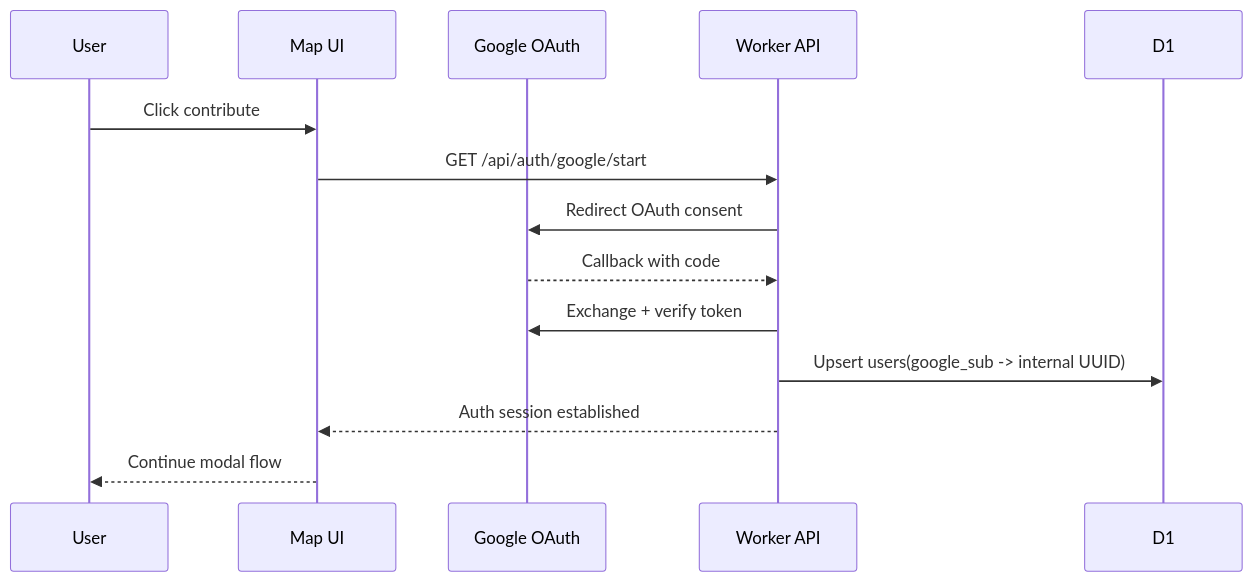
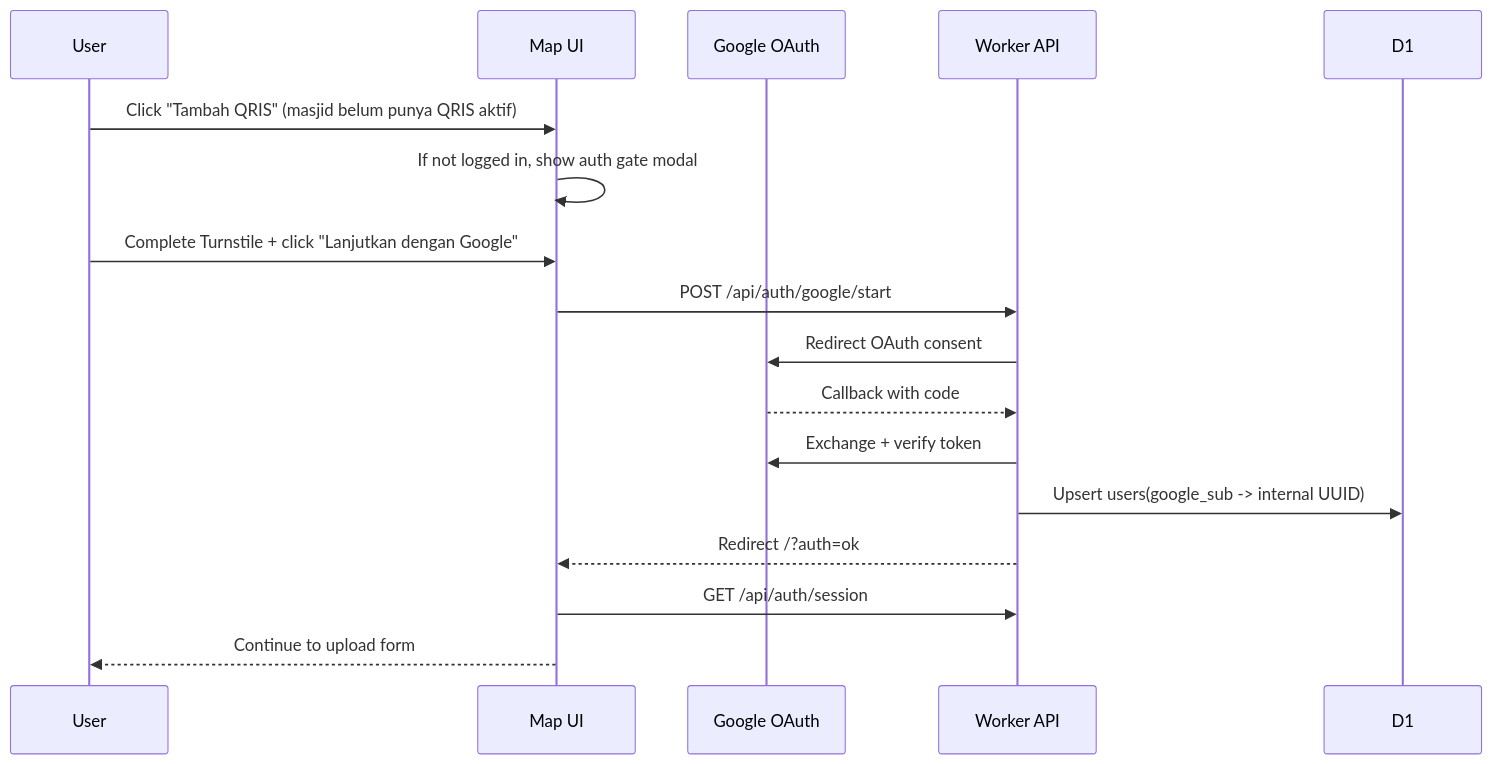
One commit to radjathaher/qris-masjid changed the fourth of 6 diagrams in docs/spec.md. Above: the diagram before and after it, drawn with Mermaid. The commit also changed other lines of this file and 23 other files, not shown here.

Commit message:
feat: auth-aware kontribusi QRIS + copy UI Bahasa Indonesia

````diff
--- a/docs/spec.md
+++ b/docs/spec.md
@@ -396,17 +419,20 @@
 ```mermaid
 sequenceDiagram
   participant U as User
   participant FE as Map UI
   participant GA as Google OAuth
   participant API as Worker API
   participant D1 as D1
 
-  U->>FE: Click contribute
-  FE->>API: GET /api/auth/google/start
+  U->>FE: Click "Tambah QRIS" (masjid belum punya QRIS aktif)
+  FE->>FE: If not logged in, show auth gate modal
+  U->>FE: Complete Turnstile + click "Lanjutkan dengan Google"
+  FE->>API: POST /api/auth/google/start
   API->>GA: Redirect OAuth consent
   GA-->>API: Callback with code
   API->>GA: Exchange + verify token
   API->>D1: Upsert users(google_sub -> internal UUID)
-  API-->>FE: Auth session established
-  FE-->>U: Continue modal flow
+  API-->>FE: Redirect /?auth=ok
+  FE->>API: GET /api/auth/session
+  FE-->>U: Continue to upload form
 ```
````
